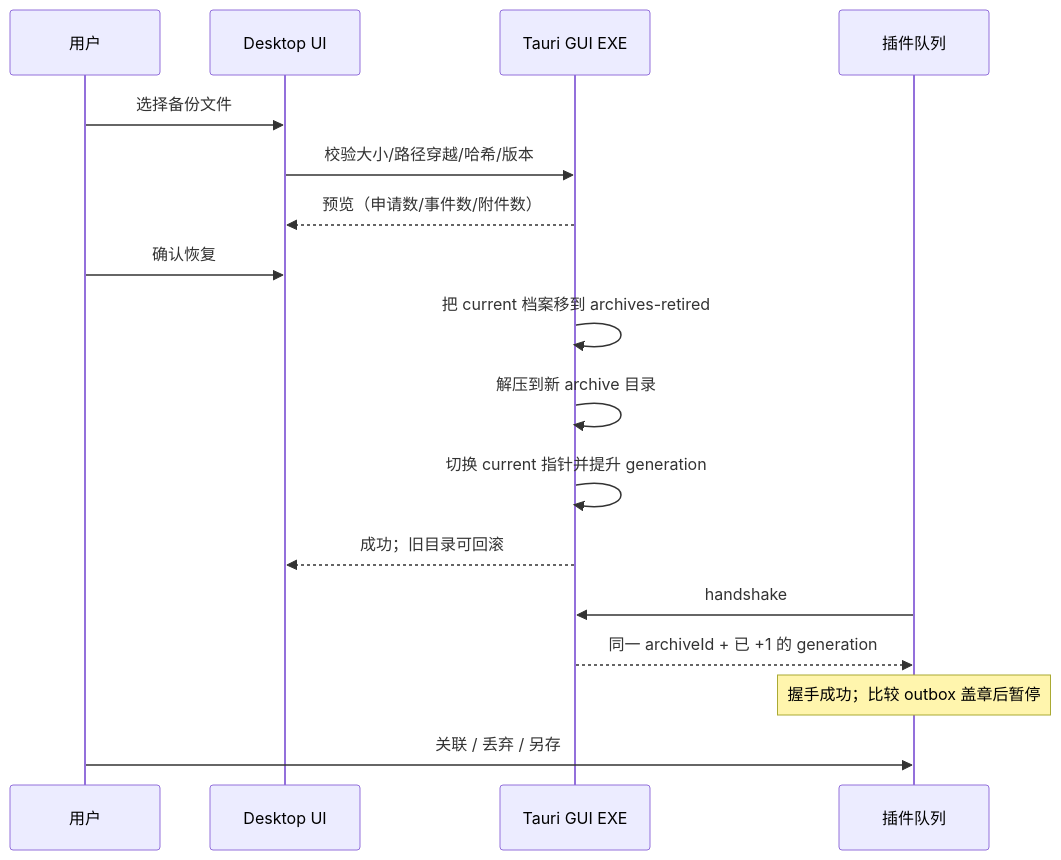
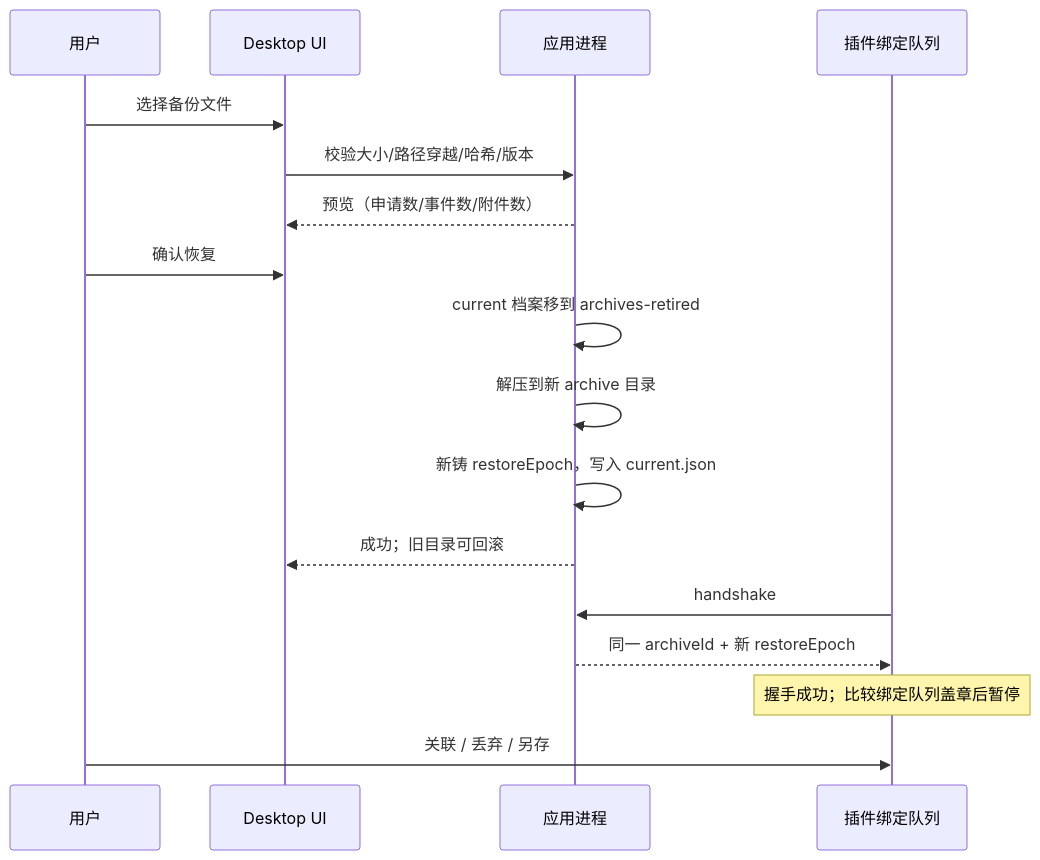
Before and after one commit to TshyGO/resume-form-assistant-plugin: the diagram in docs/desktop-mvp/data-privacy.md, drawn with Mermaid. The commit also changed other lines of this file and 4 other files, not shown here.

````diff
--- a/docs/desktop-mvp/data-privacy.md
+++ b/docs/desktop-mvp/data-privacy.md
@@ -138,19 +151,19 @@
 ```mermaid
 sequenceDiagram
   participant U as 用户
   participant UI as Desktop UI
-  participant DS as Tauri GUI EXE
-  participant P as 插件队列
+  participant APP as 应用进程
+  participant P as 插件绑定队列
   U->>UI: 选择备份文件
-  UI->>DS: 校验大小/路径穿越/哈希/版本
-  DS-->>UI: 预览（申请数/事件数/附件数）
+  UI->>APP: 校验大小/路径穿越/哈希/版本
+  APP-->>UI: 预览（申请数/事件数/附件数）
   U->>UI: 确认恢复
-  DS->>DS: 把 current 档案移到 archives-retired
-  DS->>DS: 解压到新 archive 目录
-  DS->>DS: 切换 current 指针并提升 generation
-  DS-->>UI: 成功；旧目录可回滚
-  P->>DS: handshake
-  DS-->>P: 同一 archiveId + 已 +1 的 generation
-  Note over P: 握手成功；比较 outbox 盖章后暂停
+  APP->>APP: current 档案移到 archives-retired
+  APP->>APP: 解压到新 archive 目录
+  APP->>APP: 新铸 restoreEpoch，写入 current.json
+  APP-->>UI: 成功；旧目录可回滚
+  P->>APP: handshake
+  APP-->>P: 同一 archiveId + 新 restoreEpoch
+  Note over P: 握手成功；比较绑定队列盖章后暂停
   U->>P: 关联 / 丢弃 / 另存
 ```
````
